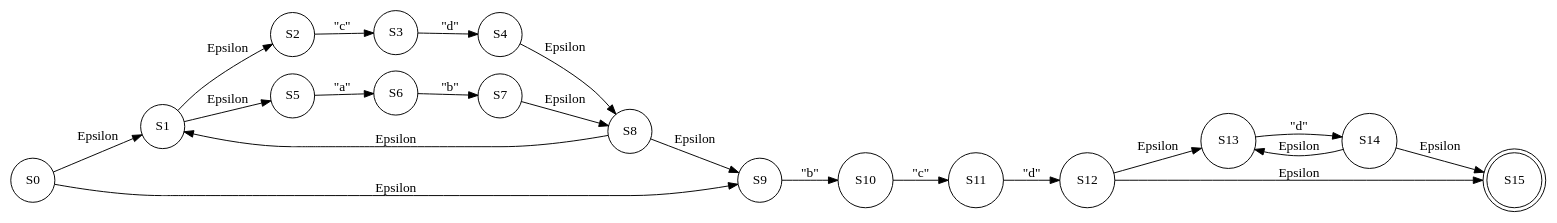
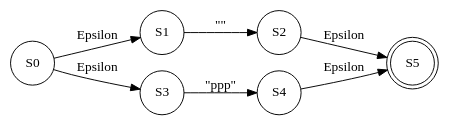
Before and after one commit to elimazariegosr/OLC1_Proyecto1_201709426: the diagram in OLC_Proyecto1_201709426/bin/Debug/afnd_er2.dot, drawn with Graphviz. The commit also changed 99 other files, not shown here.

```diff
--- a/OLC_Proyecto1_201709426/bin/Debug/afnd_er2.dot
+++ b/OLC_Proyecto1_201709426/bin/Debug/afnd_er2.dot
@@ -1,25 +1,12 @@
 digraph G{ 
 rankdir=LR;
  node[shape="circle"];S0-> S1[label="Epsilon"];
-S0-> S9[label="Epsilon"];
-S1-> S2[label="Epsilon"];
-S1-> S5[label="Epsilon"];
-S2-> S3[label="\"c\""];
-S3-> S4[label="\"d\""];
-S4-> S8[label="Epsilon"];
-S5-> S6[label="\"a\""];
-S6-> S7[label="\"b\""];
-S7-> S8[label="Epsilon"];
-S8-> S1[label="Epsilon"];
-S8-> S9[label="Epsilon"];
-S9-> S10[label="\"b\""];
-S10-> S11[label="\"c\""];
-S11-> S12[label="\"d\""];
-S12-> S13[label="Epsilon"];
-S12-> S15[label="Epsilon"];
-S13-> S14[label="\"d\""];
-S14-> S13[label="Epsilon"];
-S14-> S15[label="Epsilon"];
-S15[shape="doublecircle"]
+S0-> S3[label="Epsilon"];
+S1-> S2[label="\"
+\""];
+S2-> S5[label="Epsilon"];
+S3-> S4[label="\"ppp\""];
+S4-> S5[label="Epsilon"];
+S5[shape="doublecircle"]
 
 }
```
